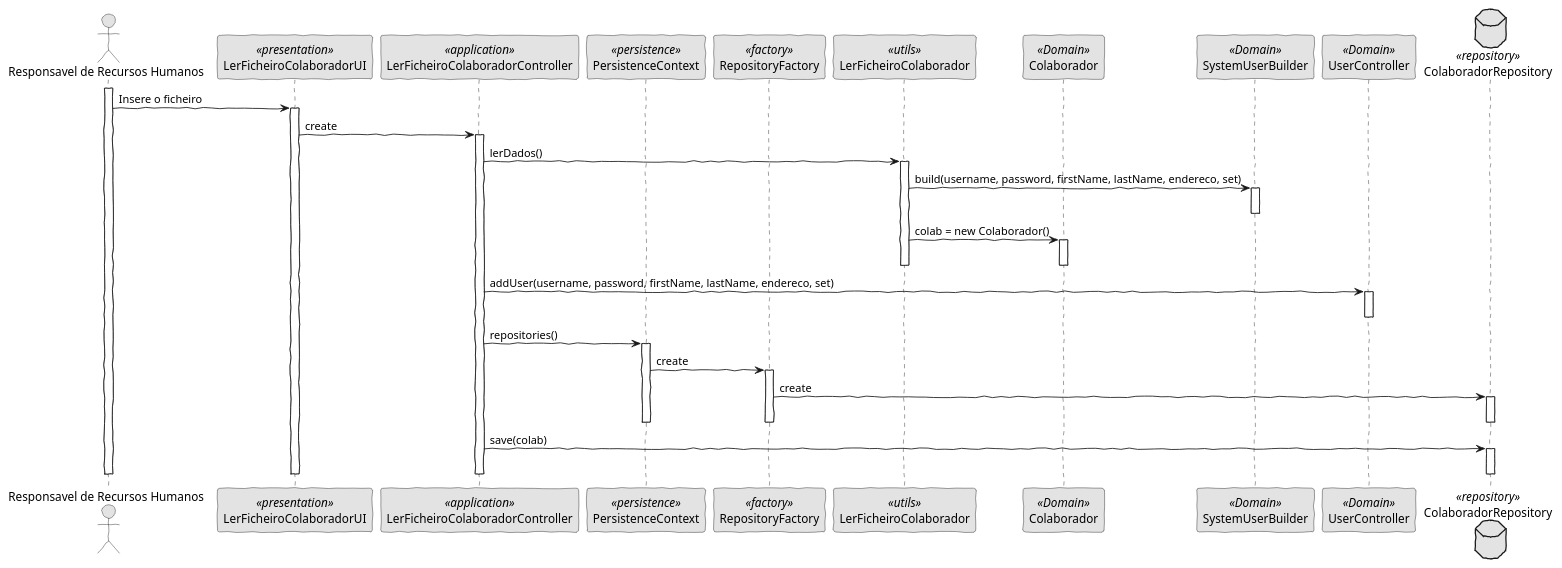
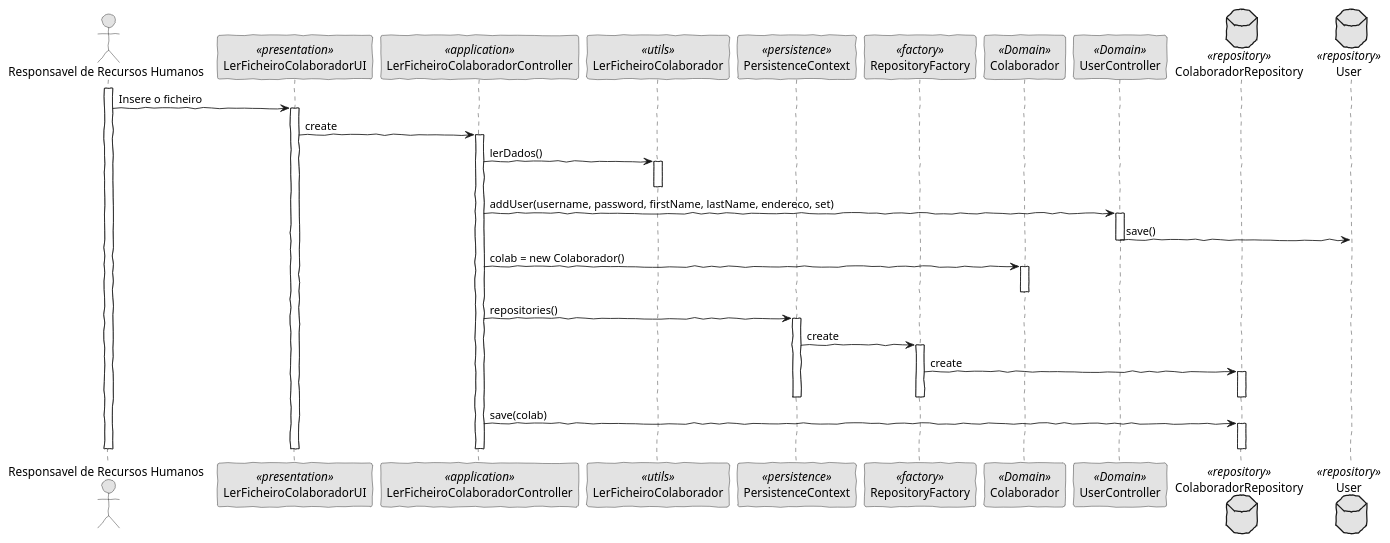
Before and after one commit to pedrolemos4/LAPR4: the diagram in docs/US2051/SD_Ficheiro.puml, drawn with PlantUML. The commit also changed 8 other files, not shown here.

```diff
--- a/docs/US2051/SD_Ficheiro.puml
+++ b/docs/US2051/SD_Ficheiro.puml
@@ -1,54 +1,53 @@
 @startuml
 'http://plantuml.com/skinparam.html
 skinparam handwritten true
 skinparam monochrome true
 skinparam packageStyle rect
 skinparam defaultFontName FG Virgil
 skinparam shadowing false
 
 Actor "Responsavel de Recursos Humanos" as Actor
 participant LerFicheiroColaboradorUI as UI <<presentation>>
 participant LerFicheiroColaboradorController as Controller <<application>>
+participant LerFicheiroColaborador as LerFicheiroColaborador <<utils>>
 participant PersistenceContext as Persistence <<persistence>>
 participant RepositoryFactory as Factory <<factory>>
-participant LerFicheiroColaborador as LerFicheiroColaborador <<utils>>
 participant Colaborador as Colaborador <<Domain>>
-participant SystemUserBuilder as SystemUserBuilder <<Domain>>
 participant UserController as UserController <<Domain>>
 database ColaboradorRepository as CRepository <<repository>>
+database User as User <<repository>>
 
 
 activate Actor
       Actor -> UI: Insere o ficheiro
     activate UI
       UI -> Controller: create
     activate Controller
       Controller -> LerFicheiroColaborador: lerDados()
     activate LerFicheiroColaborador
-      LerFicheiroColaborador -> SystemUserBuilder: build(username, password, firstName, lastName, endereco, set)
-    activate SystemUserBuilder
-    deactivate SystemUserBuilder
-      LerFicheiroColaborador -> Colaborador: colab = new Colaborador()
+    deactivate
+      Controller -> UserController: addUser(username, password, firstName, lastName, endereco, set)
+    activate UserController
+      UserController -> User : save()
+    deactivate UserController
+      Controller -> Colaborador: colab = new Colaborador()
     activate Colaborador
     deactivate Colaborador
-    deactivate LerFicheiroColaborador
-      Controller -> UserController: addUser(username, password, firstName, lastName, endereco, set)
-    activate UserController
-    deactivate UserController
-    Controller -> Persistence: repositories()
+      Controller -> Persistence: repositories()
     activate Persistence
       Persistence -> Factory: create
     activate Factory
       Factory -> CRepository: create
     activate CRepository
     deactivate CRepository
     deactivate Factory
     deactivate Persistence
       Controller -> CRepository: save(colab)
     activate CRepository
     deactivate CRepository
+    deactivate LerFicheiroColaborador
     deactivate Controller
     deactivate UI
 
 deactivate Actor
 @enduml
```
